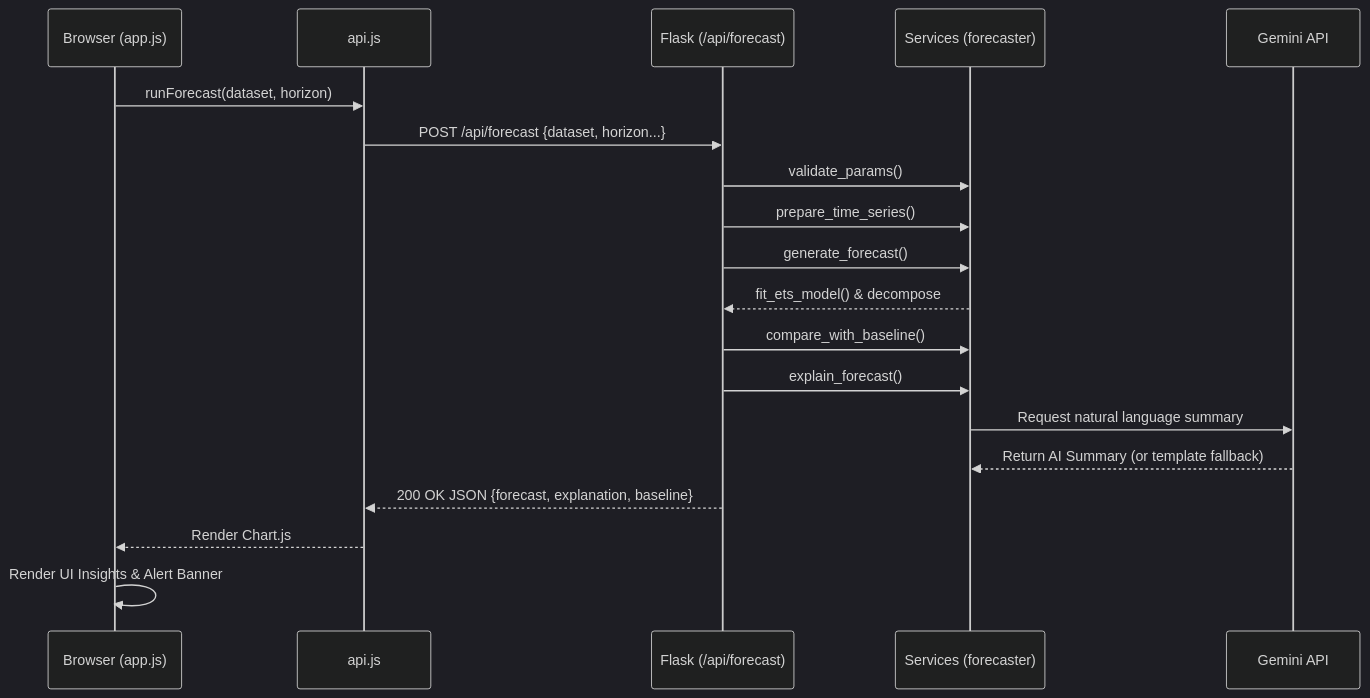
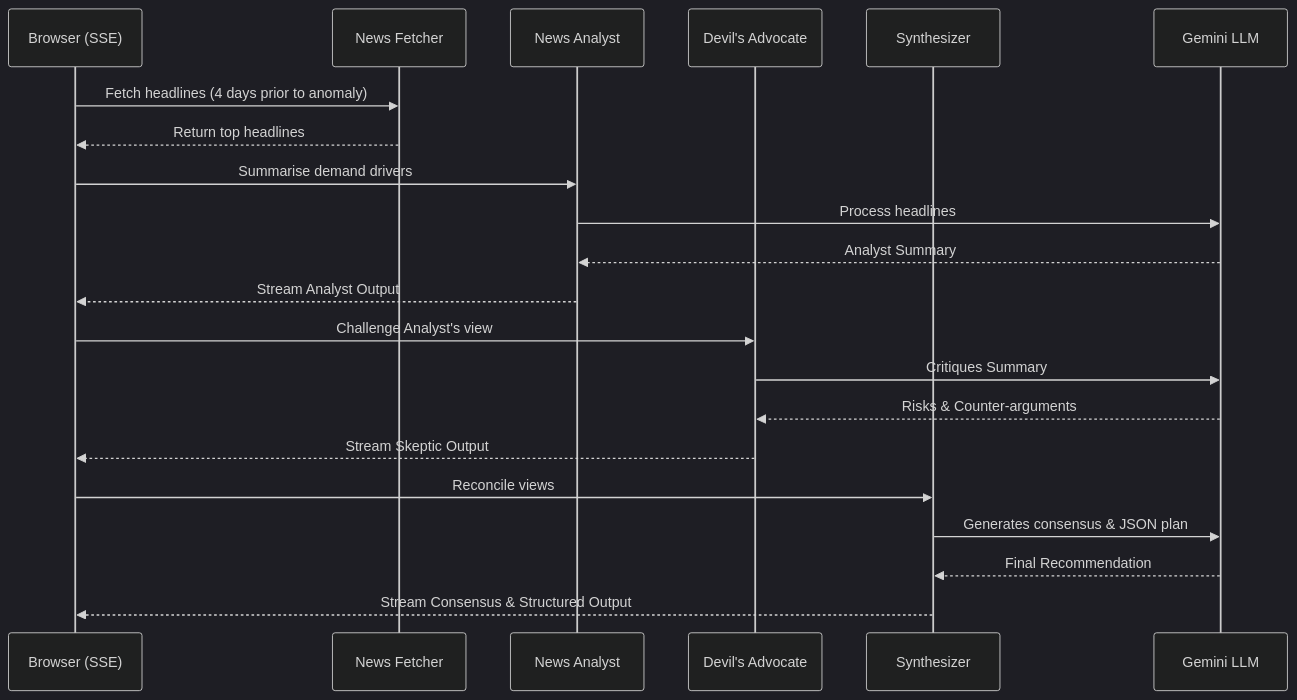
One commit to Shubh-Raj/ForecastIQ changed the second of 3 diagrams in README.md. Above: the diagram before and after it, drawn with Mermaid (dark theme). The commit also changed other lines of this file and 1 other file, not shown here.

````diff
--- a/README.md
+++ b/README.md
@@ -179,22 +72,27 @@
 ```mermaid
 sequenceDiagram
-    participant B as Browser (app.js)
-    participant API as api.js
-    participant F as Flask (/api/forecast)
-    participant S as Services (forecaster)
-    participant G as Gemini API
+    participant UI as Browser (SSE)
+    participant F as News Fetcher
+    participant A as News Analyst
+    participant D as Devil's Advocate
+    participant S as Synthesizer
+    participant G as Gemini LLM
 
-    B->>API: runForecast(dataset, horizon)
-    API->>F: POST /api/forecast {dataset, horizon...}
-    F->>S: validate_params()
-    F->>S: prepare_time_series()
-    F->>S: generate_forecast()
-    S-->>F: fit_ets_model() & decompose
-    F->>S: compare_with_baseline()
-    F->>S: explain_forecast()
-    S->>G: Request natural language summary
-    G-->>S: Return AI Summary (or template fallback)
-    F-->>API: 200 OK JSON {forecast, explanation, baseline}
-    API-->>B: Render Chart.js
-    B->>B: Render UI Insights & Alert Banner
+    UI->>F: Fetch headlines (4 days prior to anomaly)
+    F-->>UI: Return top headlines
+    
+    UI->>A: Summarise demand drivers
+    A->>G: Process headlines
+    G-->>A: Analyst Summary
+    A-->>UI: Stream Analyst Output
+    
+    UI->>D: Challenge Analyst's view
+    D->>G: Critiques Summary
+    G-->>D: Risks & Counter-arguments
+    D-->>UI: Stream Skeptic Output
+    
+    UI->>S: Reconcile views
+    S->>G: Generates consensus & JSON plan
+    G-->>S: Final Recommendation
+    S-->>UI: Stream Consensus & Structured Output
 ```
````
